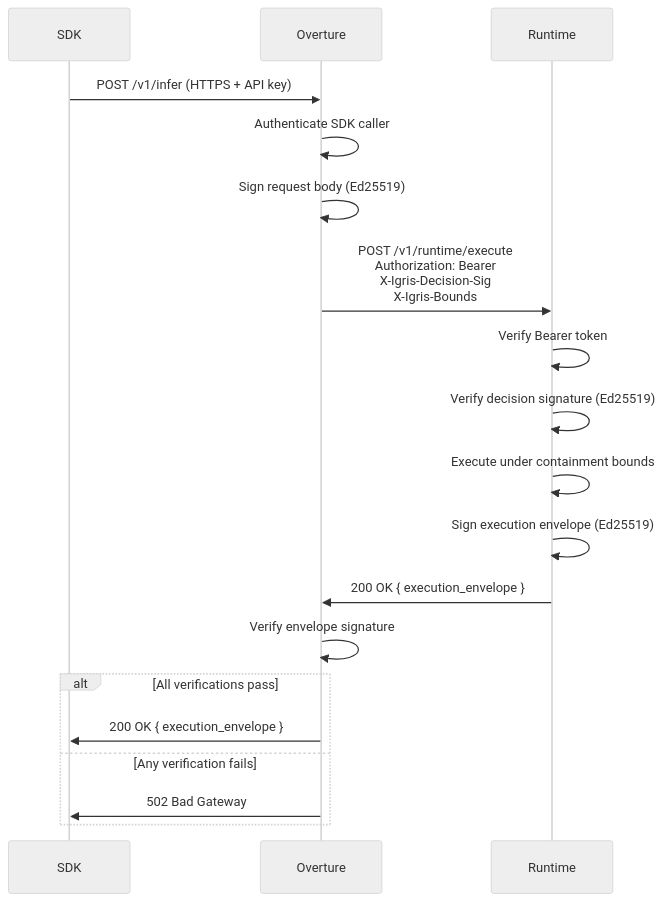
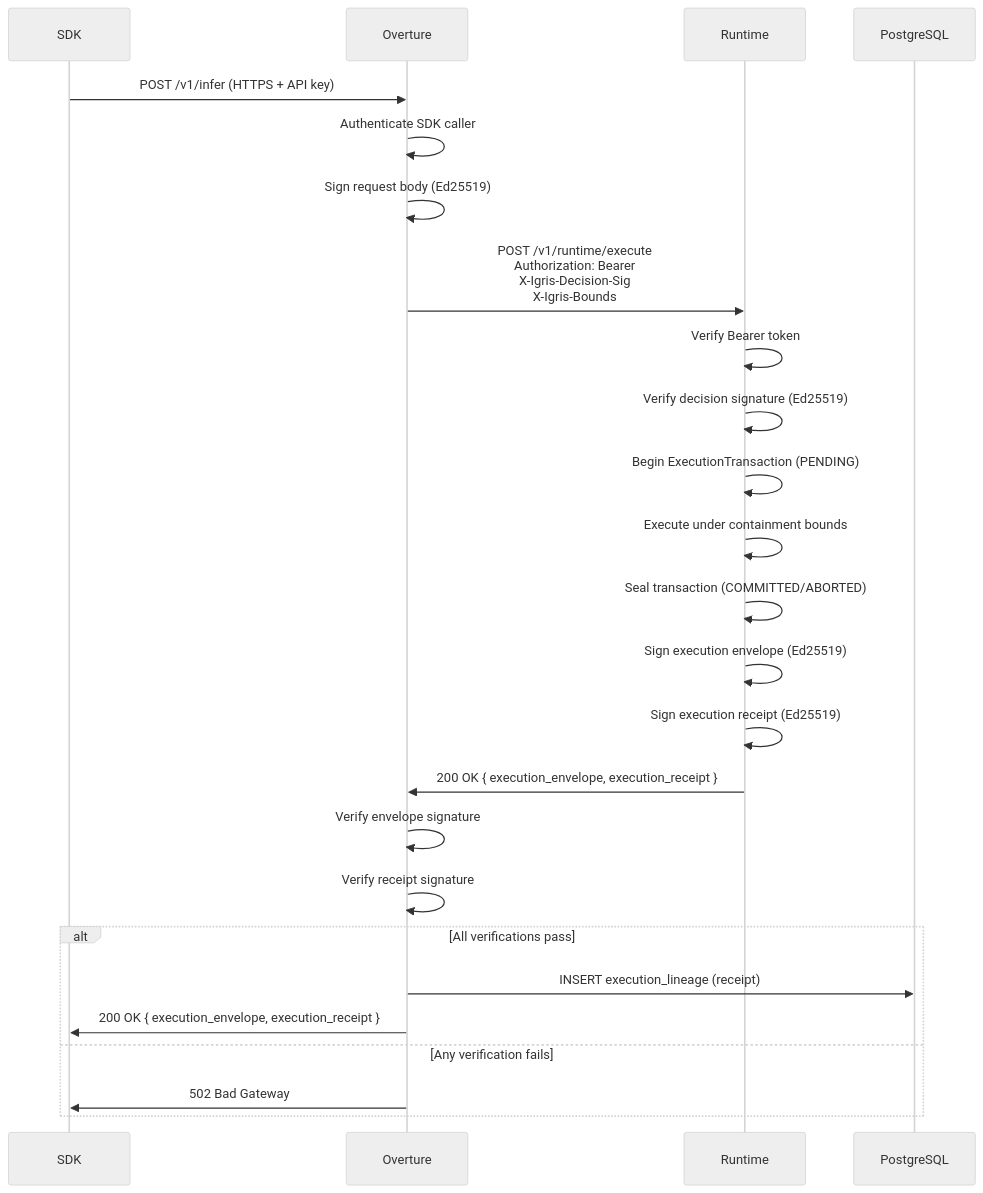
One commit to rapture-fx/igris changed the diagram in web/apps/web-docs/docs/architecture/trust-chain.mdx. Above: the diagram before and after it, drawn with Mermaid (neutral theme). The commit also changed other lines of this file and 18 other files, not shown here.

````diff
--- a/web/apps/web-docs/docs/architecture/trust-chain.mdx
+++ b/web/apps/web-docs/docs/architecture/trust-chain.mdx
@@ -60,22 +81,28 @@
 ```mermaid
 sequenceDiagram
     participant SDK
     participant Overture
     participant Runtime
+    participant DB as PostgreSQL
 
     SDK->>Overture: POST /v1/infer (HTTPS + API key)
     Overture->>Overture: Authenticate SDK caller
     Overture->>Overture: Sign request body (Ed25519)
     Overture->>Runtime: POST /v1/runtime/execute<br/>Authorization: Bearer<br/>X-Igris-Decision-Sig<br/>X-Igris-Bounds
     Runtime->>Runtime: Verify Bearer token
     Runtime->>Runtime: Verify decision signature (Ed25519)
+    Runtime->>Runtime: Begin ExecutionTransaction (PENDING)
     Runtime->>Runtime: Execute under containment bounds
+    Runtime->>Runtime: Seal transaction (COMMITTED/ABORTED)
     Runtime->>Runtime: Sign execution envelope (Ed25519)
-    Runtime->>Overture: 200 OK { execution_envelope }
+    Runtime->>Runtime: Sign execution receipt (Ed25519)
+    Runtime->>Overture: 200 OK { execution_envelope, execution_receipt }
     Overture->>Overture: Verify envelope signature
+    Overture->>Overture: Verify receipt signature
     alt All verifications pass
-        Overture->>SDK: 200 OK { execution_envelope }
+        Overture->>DB: INSERT execution_lineage (receipt)
+        Overture->>SDK: 200 OK { execution_envelope, execution_receipt }
     else Any verification fails
         Overture->>SDK: 502 Bad Gateway
     end
 ```
````
